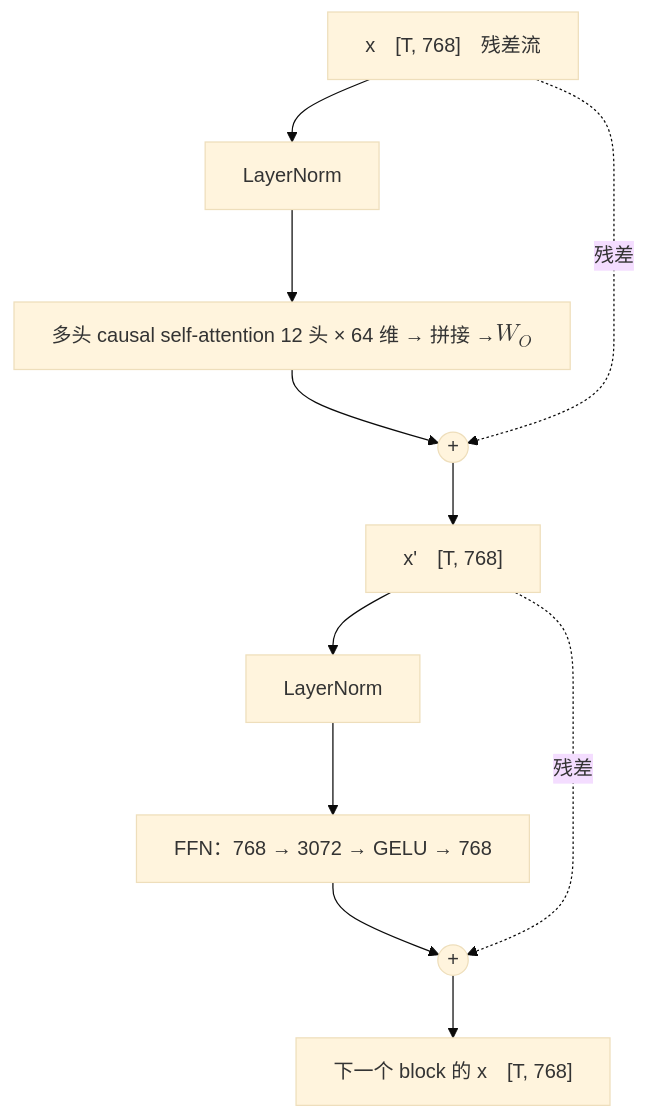
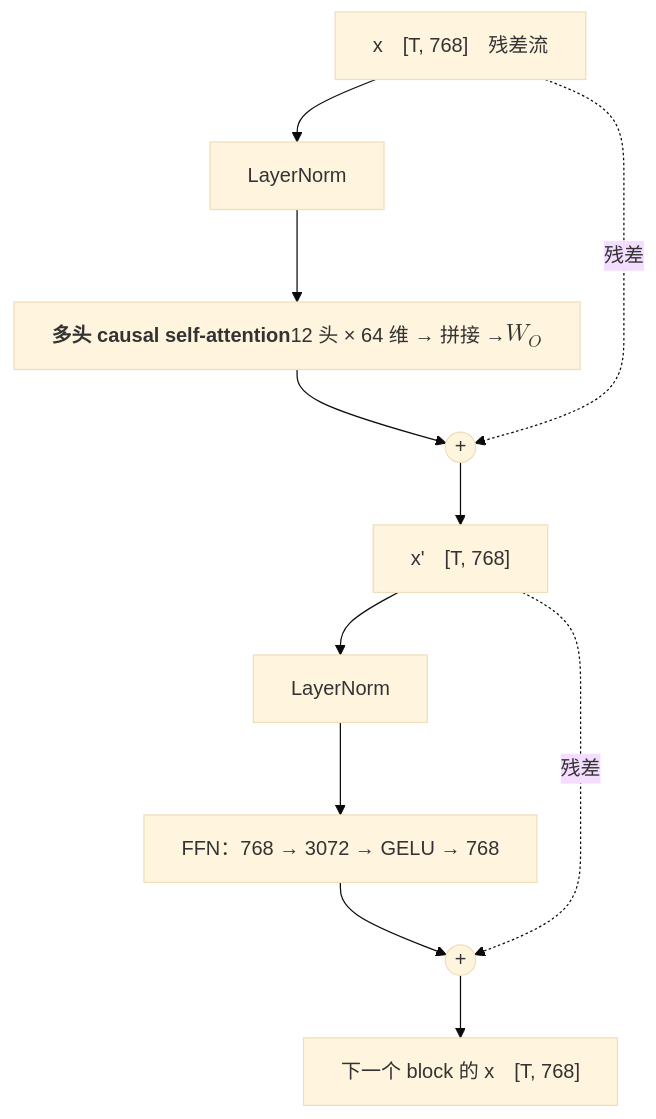
One commit to arganzheng/arganzheng.github.com changed the diagram in _posts/2026-03-30-transformer-architecture-from-a-sentence-to-the-next-token.md. Above: the diagram before and after it, drawn with Mermaid (base theme). The commit also changed 2 other files, not shown here.

Commit message:
Transformer 原理与实现：从论文到手搓 GPT-2：Mermaid 多行方框的首行标为标题（3 篇）
只在标签开头加 <b>…</b>，文字不变；长句、断句续行、代码 / 推演步骤、
并列行和判断菱形保持原样。

````diff
--- a/_posts/2026-03-30-transformer-architecture-from-a-sentence-to-the-next-token.md
+++ b/_posts/2026-03-30-transformer-architecture-from-a-sentence-to-the-next-token.md
@@ -432,15 +432,15 @@
 ```mermaid
 %%{init: {"flowchart": {"wrappingWidth": 360}}}%%
 %% 图：一个 Transformer block 的数据流：残差流 x 进入，先 LayerNorm → 多头 causal self-attention → 加回 x，再 LayerNorm → FFN（768 → 3072 → GELU → 768）→ 加回 x；两条虚线是残差，输出形状与输入相同
 flowchart TB
     X["x　[T, 768]　残差流"] --> LN1["LayerNorm"]
-    LN1 --> ATT["多头 causal self-attention<br/>12 头 × 64 维 → 拼接 → $$W_O$$"]
+    LN1 --> ATT["<b>多头 causal self-attention</b><br/>12 头 × 64 维 → 拼接 → $$W_O$$"]
     ATT --> ADD1(("+"))
     X -. "残差" .-> ADD1
     ADD1 --> H["x'　[T, 768]"]
     H --> LN2["LayerNorm"]
     LN2 --> FFN["FFN：768 → 3072 → GELU → 768"]
     FFN --> ADD2(("+"))
     H -. "残差" .-> ADD2
     ADD2 --> Y["下一个 block 的 x　[T, 768]"]
 ```
````
